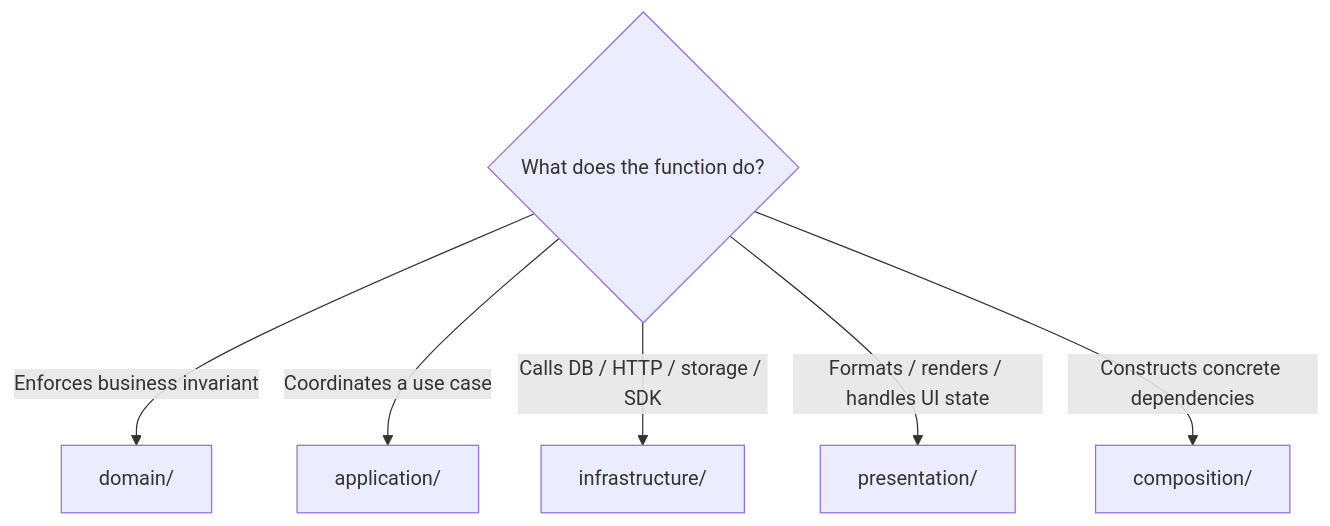
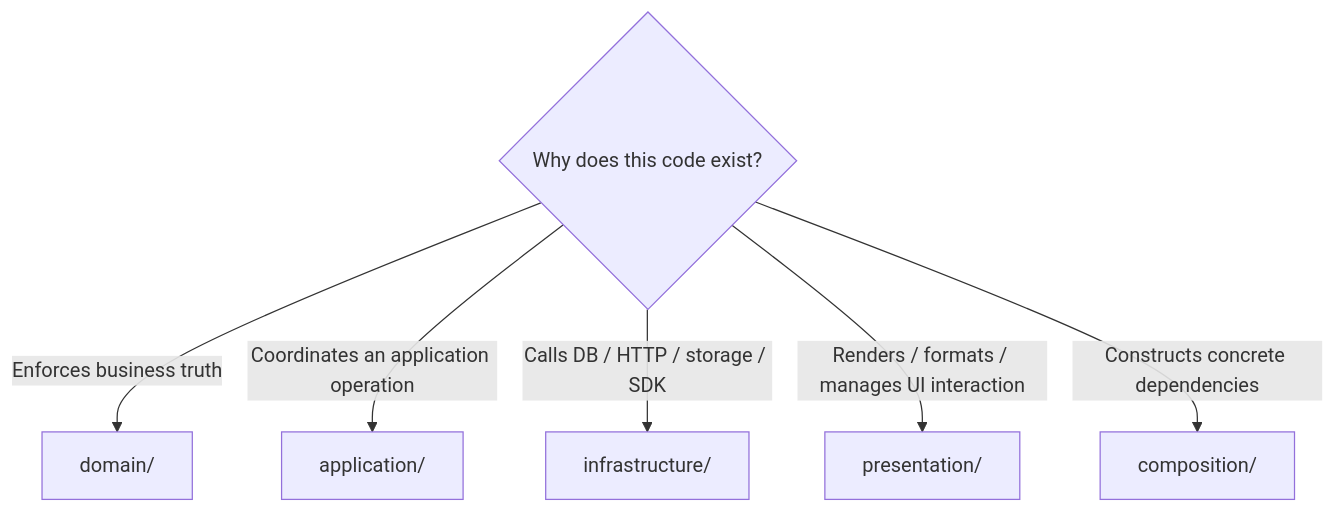
One commit to AndresTaoFlorez/software-architecture changed the fourth of 6 diagrams in clean-architecture/README.md. Above: the diagram before and after it, drawn with Mermaid. The commit also changed other lines of this file and 26 other files, not shown here.

Commit message:
docs: make architecture guides beginner-first and enforce documentation standards

````diff
--- a/clean-architecture/README.md
+++ b/clean-architecture/README.md
@@ -125,9 +146,9 @@
 ```mermaid
 flowchart TD
-    START{"What does the function do?"}
-    START -->|"Enforces business invariant"| D["domain/"]
-    START -->|"Coordinates a use case"| A["application/"]
+    START{"Why does this code exist?"}
+    START -->|"Enforces business truth"| D["domain/"]
+    START -->|"Coordinates an application operation"| A["application/"]
     START -->|"Calls DB / HTTP / storage / SDK"| I["infrastructure/"]
-    START -->|"Formats / renders / handles UI state"| P["presentation/"]
+    START -->|"Renders / formats / manages UI interaction"| P["presentation/"]
     START -->|"Constructs concrete dependencies"| C["composition/"]
 ```
````
